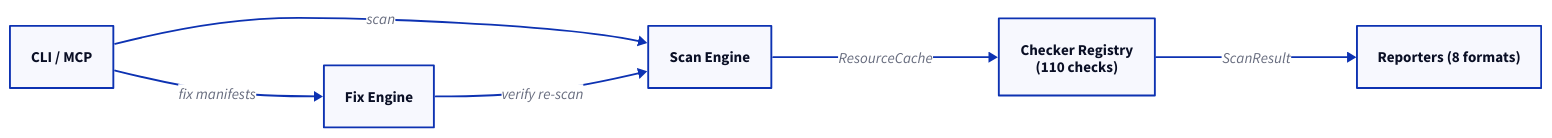
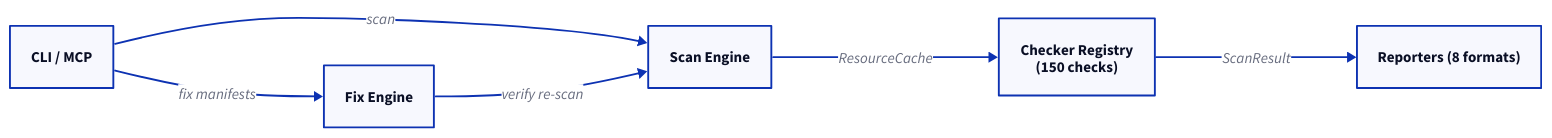
One commit to stribog-cloud/KubeVigil changed the diagram in docs/governance/diagrams/src/architecture.d2. Above: the diagram before and after it, drawn with D2. The commit also changed 219 other files, not shown here.

```diff
--- a/docs/governance/diagrams/src/architecture.d2
+++ b/docs/governance/diagrams/src/architecture.d2
@@ -1,13 +1,13 @@
 direction: right
 
 cli: "CLI / MCP" {shape: rectangle}
 engine: "Scan Engine" {shape: rectangle}
-checkers: "Checker Registry\n(110 checks)" {shape: rectangle}
+checkers: "Checker Registry\n(150 checks)" {shape: rectangle}
 fix: "Fix Engine" {shape: rectangle}
 report: "Reporters (8 formats)" {shape: rectangle}
 
 cli -> engine: scan
 cli -> fix: fix manifests
 engine -> checkers: ResourceCache
 checkers -> report: ScanResult
 fix -> engine: verify re-scan
```
